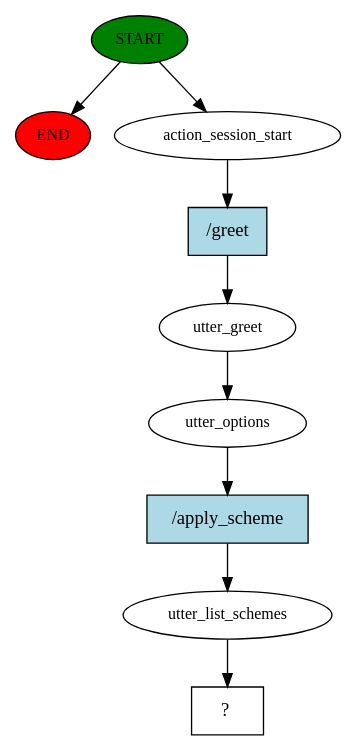
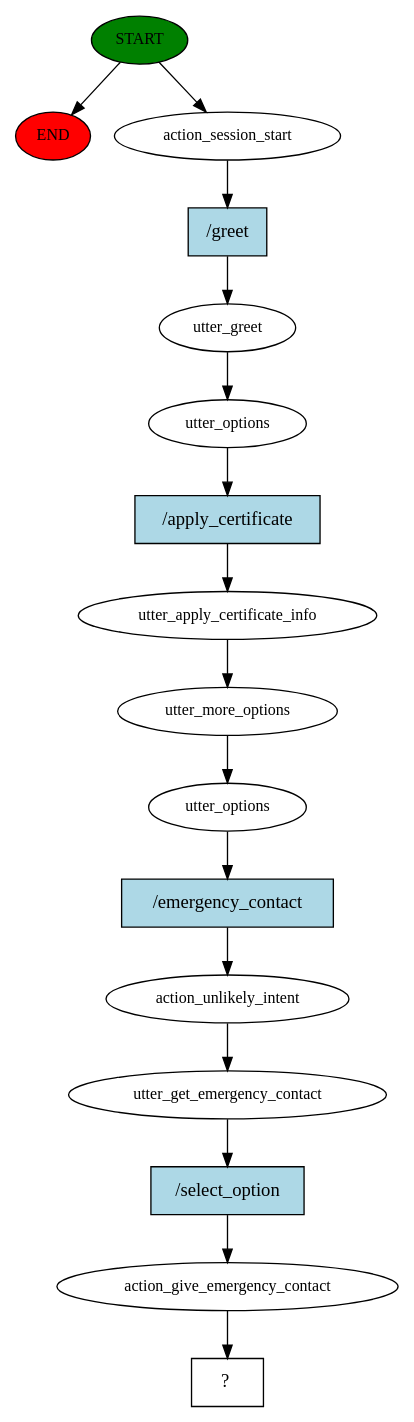
Before and after one commit to pulkitbalhara/SajiloSewak: the diagram in story_graph.dot, drawn with Graphviz. The commit also changed 8 other files, not shown here.

```diff
--- a/story_graph.dot
+++ b/story_graph.dot
@@ -1,19 +1,33 @@
 digraph  {
 0 [class="start active", fillcolor=green, fontsize=12, label=START, style=filled];
 "-1" [class=end, fillcolor=red, fontsize=12, label=END, style=filled];
 1 [class=active, fontsize=12, label=action_session_start];
 2 [class=active, fontsize=12, label=utter_greet];
 3 [class=active, fontsize=12, label=utter_options];
-4 [class=active, fontsize=12, label=utter_list_schemes];
-5 [class="intent dashed active", label="  ?  ", shape=rect];
-6 [class="intent active", fillcolor=lightblue, label="/greet", shape=rect, style=filled];
-7 [class="intent active", fillcolor=lightblue, label="/apply_scheme", shape=rect, style=filled];
+4 [class=active, fontsize=12, label=utter_apply_certificate_info];
+5 [class=active, fontsize=12, label=utter_more_options];
+6 [class=active, fontsize=12, label=utter_options];
+7 [class=active, fontsize=12, label=action_unlikely_intent];
+8 [class=active, fontsize=12, label=utter_get_emergency_contact];
+9 [class=active, fontsize=12, label=action_give_emergency_contact];
+10 [class="intent dashed active", label="  ?  ", shape=rect];
+11 [class="intent active", fillcolor=lightblue, label="/greet", shape=rect, style=filled];
+12 [class="intent active", fillcolor=lightblue, label="/apply_certificate", shape=rect, style=filled];
+13 [class="intent active", fillcolor=lightblue, label="/emergency_contact", shape=rect, style=filled];
+14 [class="intent active", fillcolor=lightblue, label="/select_option", shape=rect, style=filled];
 0 -> "-1"  [class="", key=NONE, label=""];
 0 -> 1  [class=active, key=NONE, label=""];
-1 -> 6  [class=active, key=0];
+1 -> 11  [class=active, key=0];
 2 -> 3  [class=active, key=NONE, label=""];
-3 -> 7  [class=active, key=0];
+3 -> 12  [class=active, key=0];
 4 -> 5  [class=active, key=NONE, label=""];
-6 -> 2  [class=active, key=0];
-7 -> 4  [class=active, key=0];
+5 -> 6  [class=active, key=NONE, label=""];
+6 -> 13  [class=active, key=0];
+7 -> 8  [class=active, key=NONE, label=""];
+8 -> 14  [class=active, key=0];
+9 -> 10  [class=active, key=NONE, label=""];
+11 -> 2  [class=active, key=0];
+12 -> 4  [class=active, key=0];
+13 -> 7  [class=active, key=0];
+14 -> 9  [class=active, key=0];
 }
```
